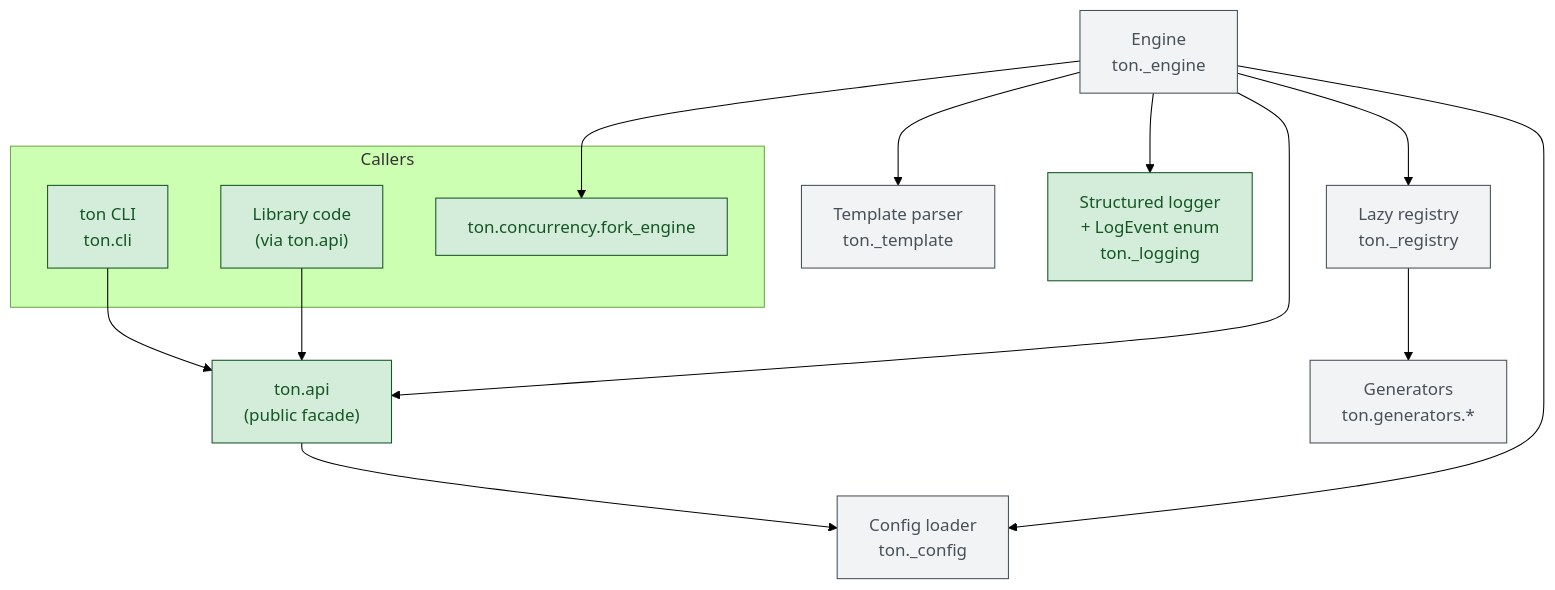
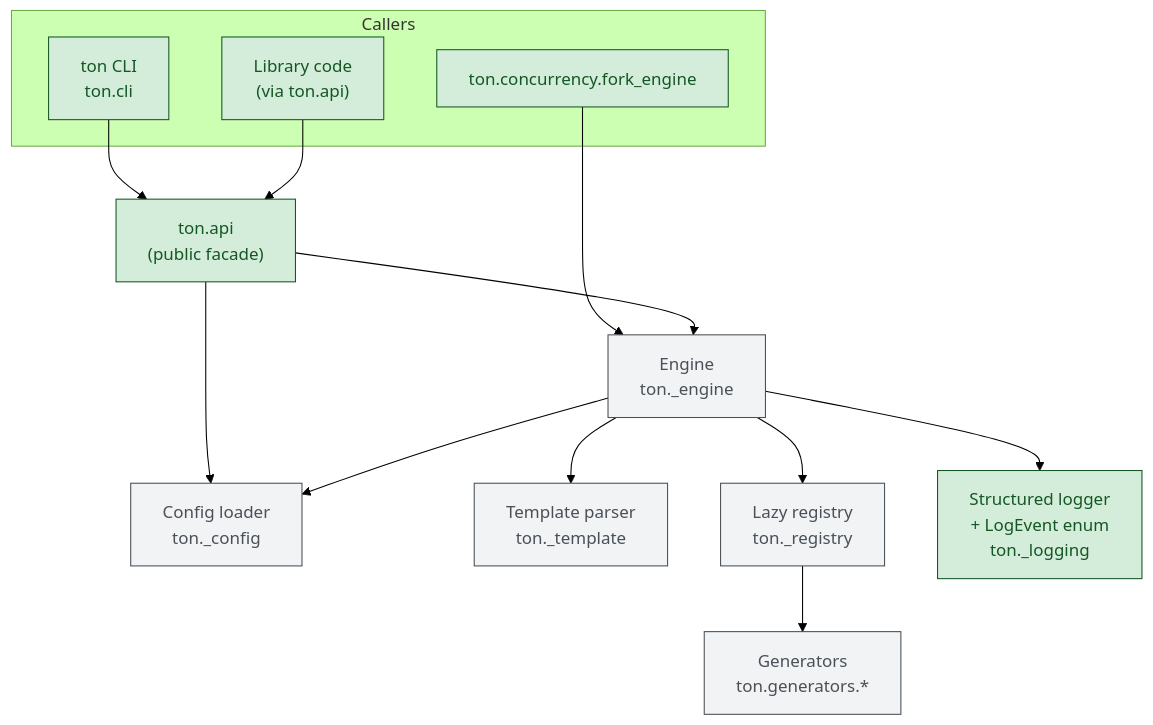
Before and after one commit to geraldo-netto/ton: the first of 2 diagrams in README.md, drawn with Mermaid (forest theme). The commit also changed other lines of this file, not shown here.

````diff
--- a/README.md
+++ b/README.md
@@ -89,34 +78,34 @@
 ```mermaid
 flowchart TB
   subgraph callers["Callers"]
     CLI["ton CLI<br/>ton.cli"]
     LIB["Library code<br/>(via ton.api)"]
     CON["ton.concurrency.fork_engine"]
   end
 
   API["ton.api<br/>(public facade)"]
   ENG["Engine<br/>ton._engine"]
   CFG["Config loader<br/>ton._config"]
   TPL["Template parser<br/>ton._template"]
   REG["Lazy registry<br/>ton._registry"]
   GEN["Generators<br/>ton.generators.*"]
   LOG["Structured logger<br/>+ LogEvent enum<br/>ton._logging"]
 
   CLI --> API
   LIB --> API
-  ENG --> CON
+  CON --> ENG
 
-  ENG --> API
+  API --> ENG
   API --> CFG
 
   ENG --> CFG
   ENG --> TPL
   ENG --> REG
   ENG --> LOG
   REG --> GEN
 
   classDef public fill:#d4edda,stroke:#155724,color:#155724;
   classDef private fill:#f1f3f5,stroke:#495057,color:#495057;
   class API,CLI,LIB,CON,LOG public
   class ENG,CFG,TPL,REG,GEN private
 ```
````
